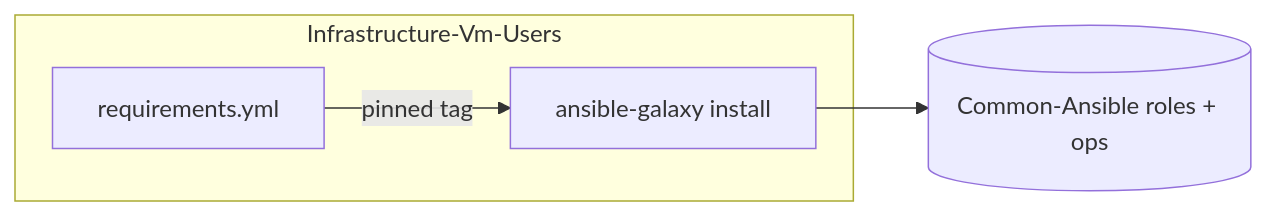
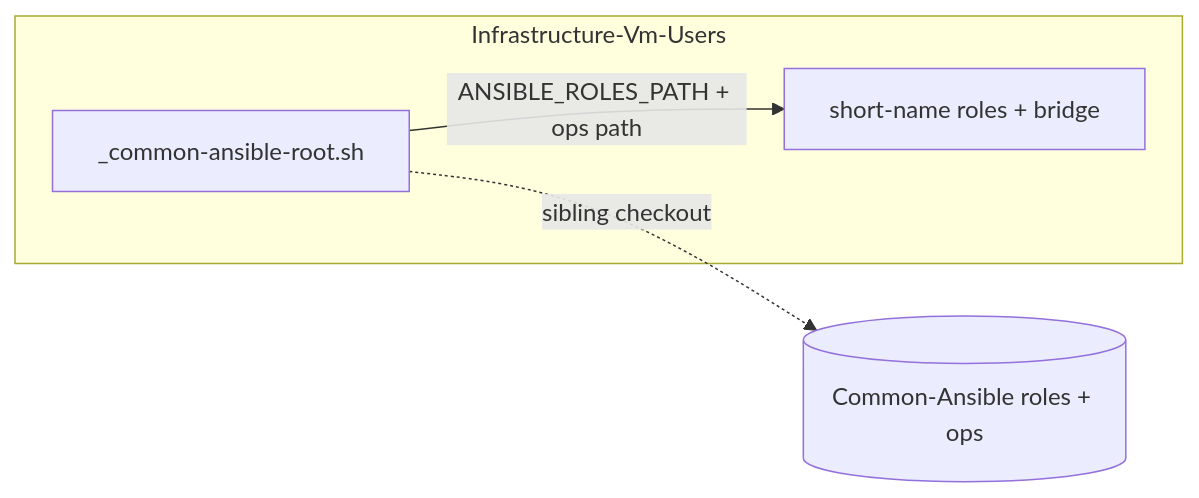
The third of 24 diagrams in docs/dev/implementation/19-common-ansible-extraction-and-toolchain-provisioning/plan.md (Klark-Morrigan/Infrastructure-Vm-Ansible), drawn with Mermaid before and after one commit. The commit also changed other lines of this file and 2 other files, not shown here.

````diff
--- a/docs/dev/implementation/19-common-ansible-extraction-and-toolchain-provisioning/plan.md
+++ b/docs/dev/implementation/19-common-ansible-extraction-and-toolchain-provisioning/plan.md
@@ -207,7 +221,7 @@
 ```mermaid
 flowchart LR
   subgraph VU[Infrastructure-Vm-Users]
-    REQ[requirements.yml] -->|pinned tag| PULL[ansible-galaxy install]
+    RES[_common-ansible-root.sh] -->|ANSIBLE_ROLES_PATH + ops path| USE[short-name roles + bridge]
   end
-  PULL --> CA[(Common-Ansible roles + ops)]
+  RES -. sibling checkout .-> CA[(Common-Ansible roles + ops)]
 ```
````
